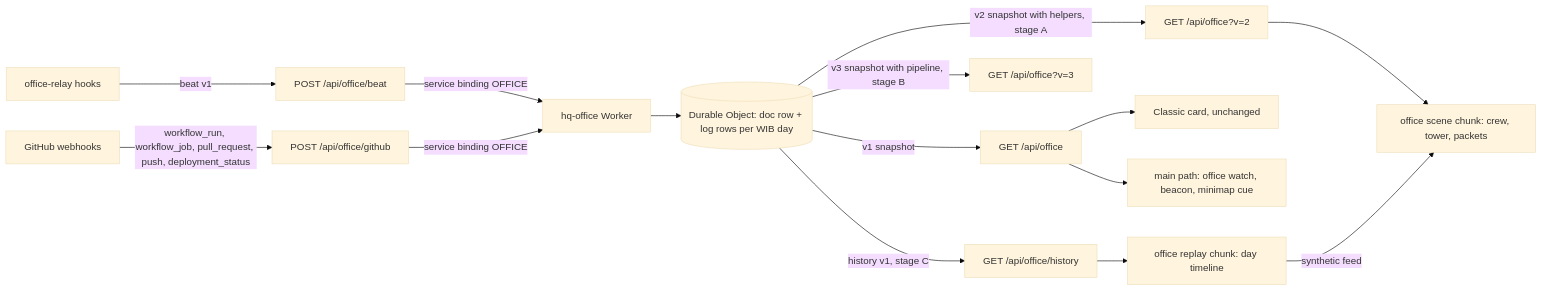
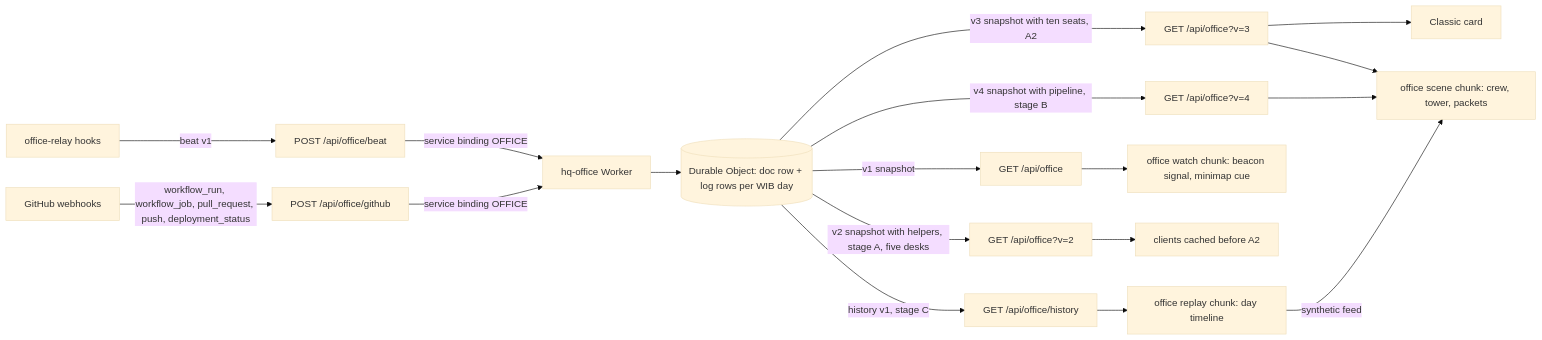
Before and after one commit to ShinyQ/ShinyQ-HQ: the diagram in docs/superpowers/specs/2026-10-20-agent-office-revamp-design.md, drawn with Mermaid (base theme). The commit also changed other lines of this file and 4 other files, not shown here.

Commit message:
docs(office): always-live office and ten desks (design, decisions)

````diff
--- a/docs/superpowers/specs/2026-10-20-agent-office-revamp-design.md
+++ b/docs/superpowers/specs/2026-10-20-agent-office-revamp-design.md
@@ -50,15 +54,18 @@
 ```mermaid
 flowchart LR
   relay[office-relay hooks] -->|beat v1| fn1[POST /api/office/beat]
   gh[GitHub webhooks] -->|workflow_run, workflow_job, pull_request, push, deployment_status| fn2[POST /api/office/github]
   fn1 & fn2 -->|service binding OFFICE| w[hq-office Worker]
   w --> DO[(Durable Object: doc row + log rows per WIB day)]
   DO -->|v1 snapshot| s1[GET /api/office]
-  DO -->|v2 snapshot with helpers, stage A| s2[GET /api/office?v=2]
-  DO -->|v3 snapshot with pipeline, stage B| s4[GET /api/office?v=3]
+  DO -->|v2 snapshot with helpers, stage A, five desks| s2[GET /api/office?v=2]
+  DO -->|v3 snapshot with ten seats, A2| s5[GET /api/office?v=3]
+  DO -->|v4 snapshot with pipeline, stage B| s4[GET /api/office?v=4]
   DO -->|history v1, stage C| s3[GET /api/office/history]
-  s1 --> card[Classic card, unchanged] & watch[main path: office watch, beacon, minimap cue]
-  s2 --> scene[office scene chunk: crew, tower, packets]
+  s1 --> watch[office watch chunk: beacon signal, minimap cue]
+  s2 --> old[clients cached before A2]
+  s5 --> card[Classic card] & scene[office scene chunk: crew, tower, packets]
+  s4 --> scene
   s3 --> replay[office replay chunk: day timeline]
   replay -->|synthetic feed| scene
 ```
````
